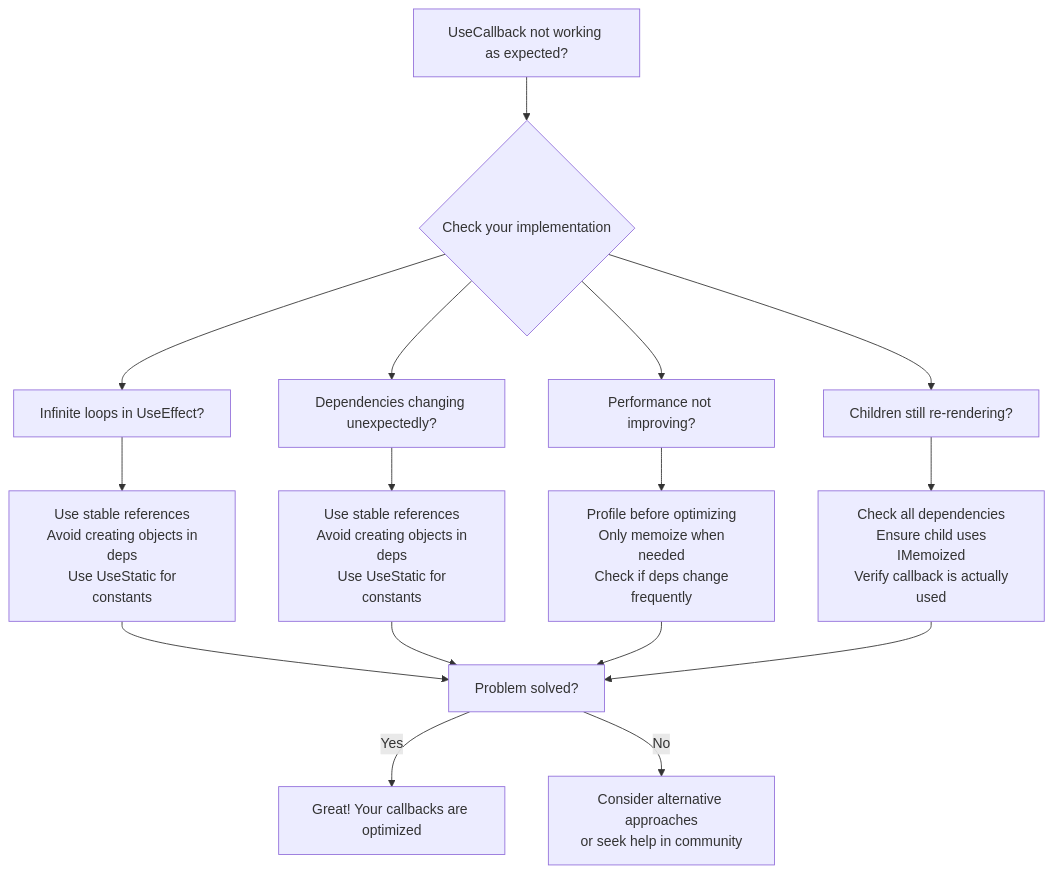
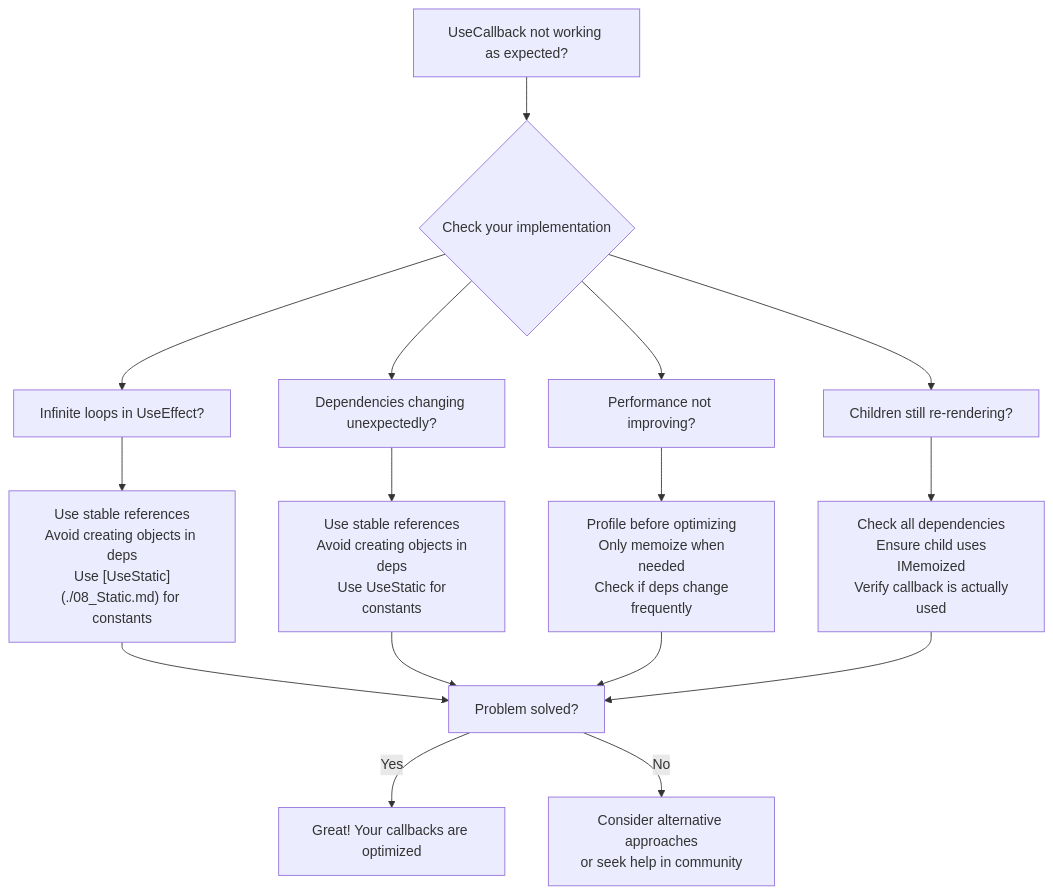
Before and after one commit to Ivy-Interactive/Ivy-Framework: the third of 3 diagrams in Ivy.Docs.Shared/Docs/04_Hooks/06_Callback.md, drawn with Mermaid. The commit also changed other lines of this file and 5 other files, not shown here.

````diff
--- a/Ivy.Docs.Shared/Docs/04_Hooks/06_Callback.md
+++ b/Ivy.Docs.Shared/Docs/04_Hooks/06_Callback.md
@@ -278,22 +279,22 @@
 ```mermaid
 flowchart TD
     A["UseCallback not working as expected?"] --> B{Check your implementation}
     
     B --> C["Dependencies changing unexpectedly?"]
     B --> D["Performance not improving?"]
-    E --> E1["Use stable references<br/> Avoid creating objects in deps<br/> Use UseStatic for constants"]
+    E --> E1["Use stable references<br/>Avoid creating objects in deps<br/>Use [UseStatic](./08_Static.md) for constants"]
     B --> E["Infinite loops in UseEffect?"]
     B --> F["Children still re-rendering?"]
     
     C --> C1["Use stable references<br/> Avoid creating objects in deps<br/> Use UseStatic for constants"]
     D --> D1["Profile before optimizing<br/> Only memoize when needed<br/> Check if deps change frequently"]
     E1 --> G["Problem solved?"]
     F --> F1["Check all dependencies<br/> Ensure child uses IMemoized<br/> Verify callback is actually used"]
     
     C1 --> G
     D1 --> G
     F1 --> G
     
     G -->|Yes| H["Great! Your callbacks are optimized"]
     G -->|No| I["Consider alternative approaches<br/>or seek help in community"]
 ```
````
